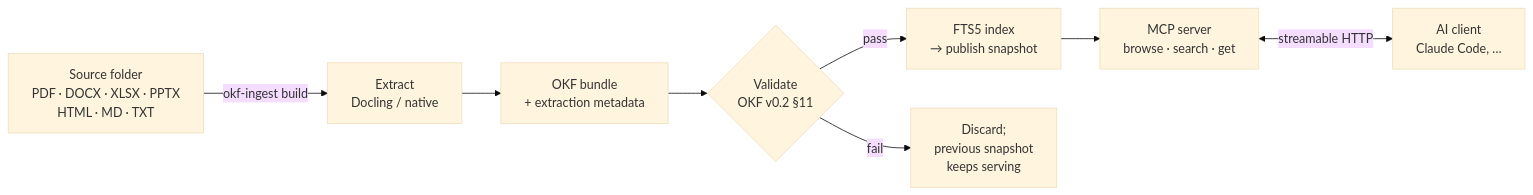
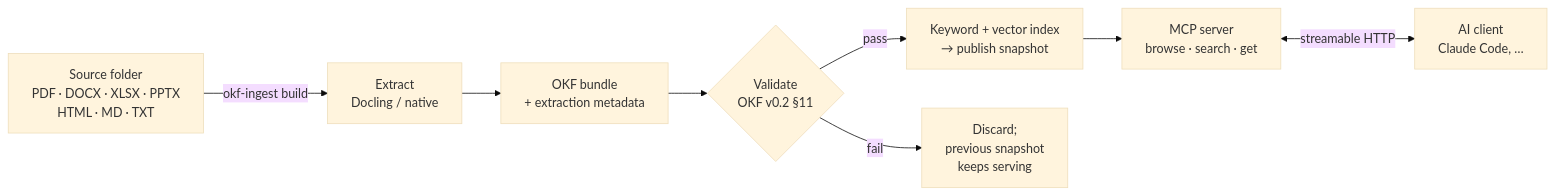
The diagram in README.md (bsahane/okf-mcp-server), drawn with Mermaid (base theme) before and after one commit. The commit also changed other lines of this file and 15 other files, not shown here.

````diff
--- a/README.md
+++ b/README.md
@@ -46,10 +46,10 @@
 ```mermaid
 flowchart LR
     A["Source folder<br/>PDF · DOCX · XLSX · PPTX<br/>HTML · MD · TXT"] -->|okf-ingest build| B["Extract<br/>Docling / native"]
     B --> C["OKF bundle<br/>+ extraction metadata"]
     C --> D{"Validate<br/>OKF v0.2 §11"}
-    D -->|pass| E["FTS5 index<br/>→ publish snapshot"]
+    D -->|pass| E["Keyword + vector index<br/>→ publish snapshot"]
     D -->|fail| X["Discard;<br/>previous snapshot<br/>keeps serving"]
     E --> F["MCP server<br/>browse · search · get"]
     F <-->|streamable HTTP| G["AI client<br/>Claude Code, …"]
 ```
````
